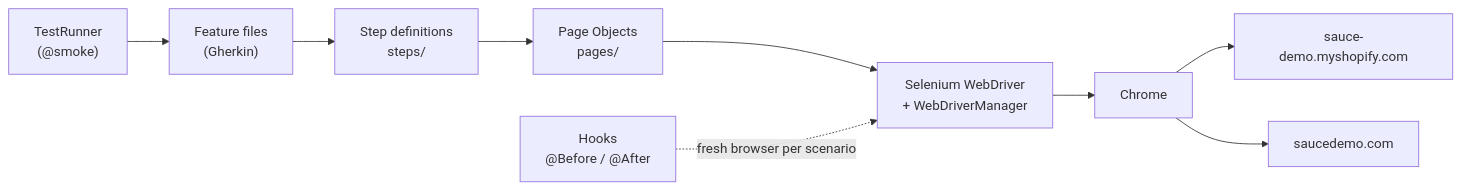
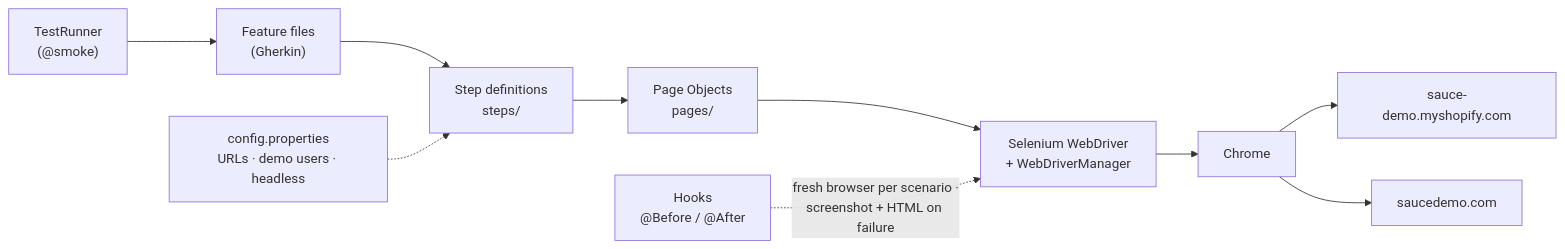
Before and after one commit to rbchy/Sauce-Demo.MyShopify.AutomationTest: the diagram in README.md, drawn with Mermaid. The commit also changed other lines of this file, not shown here.

````diff
--- a/README.md
+++ b/README.md
@@ -135,11 +137,12 @@
 ```mermaid
 flowchart LR
   F["Feature files<br/>(Gherkin)"] --> S["Step definitions<br/>steps/"]
   S --> P["Page Objects<br/>pages/"]
   P --> W["Selenium WebDriver<br/>+ WebDriverManager"]
   W --> C["Chrome"]
   C --> A["sauce-demo.myshopify.com"]
   C --> B["saucedemo.com"]
-  H["Hooks<br/>@Before / @After"] -.->|"fresh browser per scenario"| W
+  H["Hooks<br/>@Before / @After"] -.->|"fresh browser per scenario ·<br/>screenshot + HTML on failure"| W
   R["TestRunner<br/>(@smoke)"] --> F
+  CF["config.properties<br/>URLs · demo users · headless"] -.-> S
 ```
````
